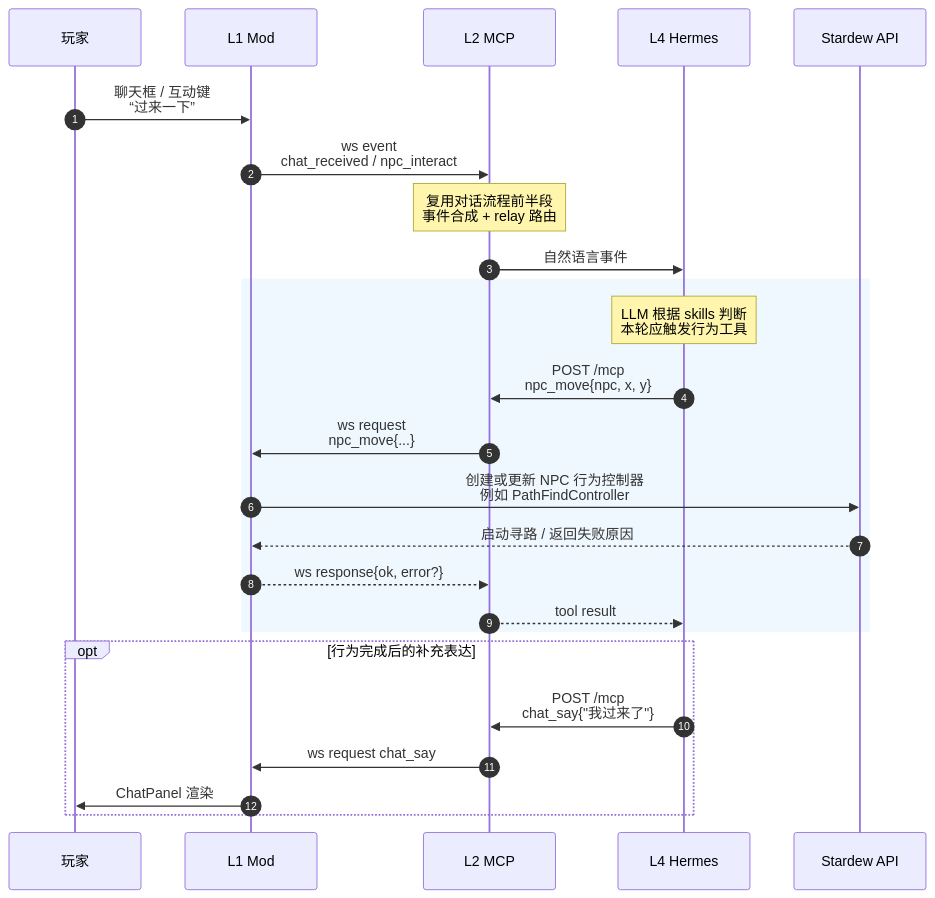
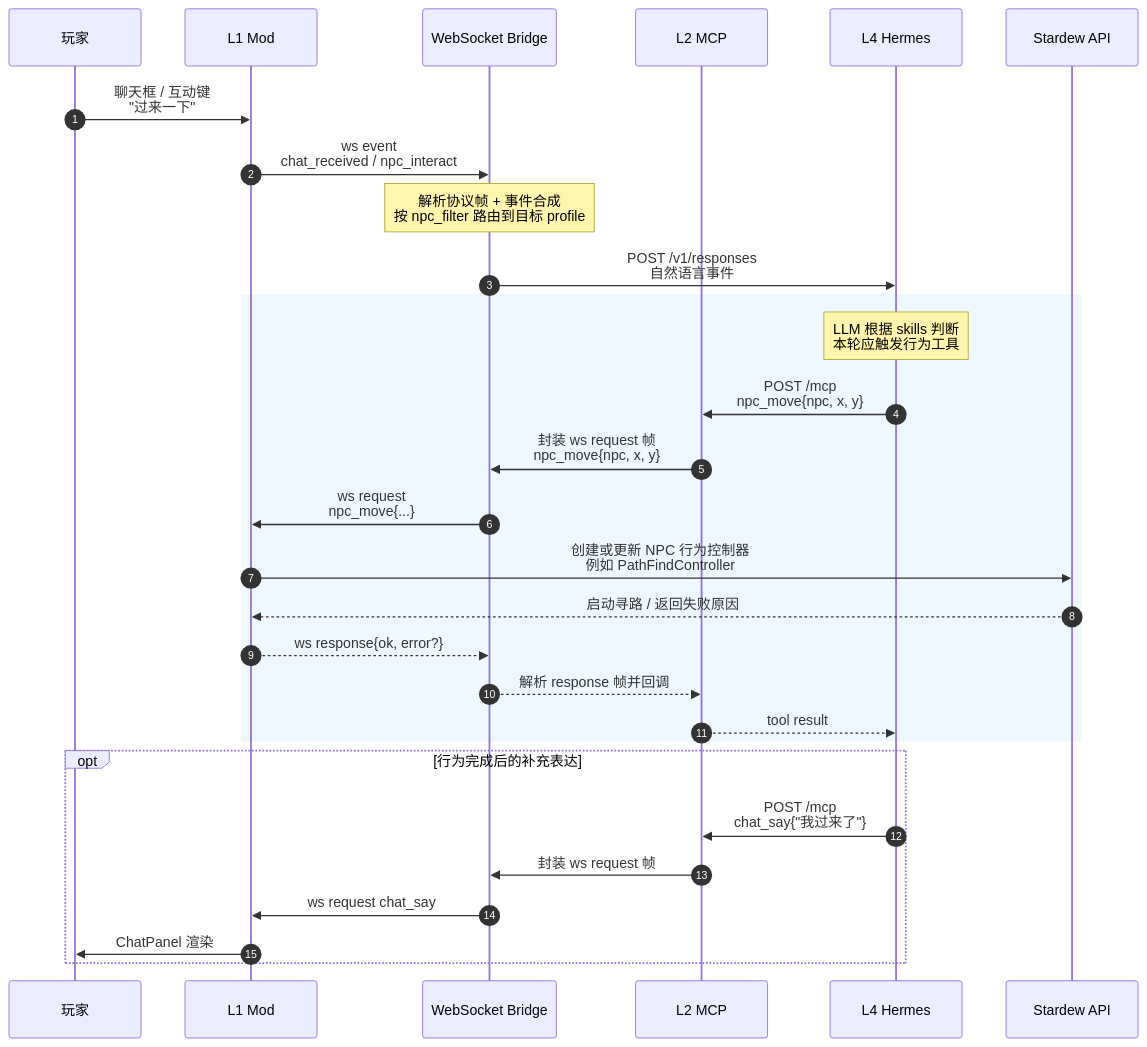
One commit to OmniStormX/SmartNPC changed the fifth of 7 diagrams in docs/report.md. Above: the diagram before and after it, drawn with Mermaid. The commit also changed other lines of this file and 15 other files, not shown here.

First line of the commit message:
docs(report): 补充功能截图与章节细化

````diff
--- a/docs/report.md
+++ b/docs/report.md
@@ -205,30 +287,34 @@
 ```mermaid
 sequenceDiagram
     autonumber
     participant P as 玩家
     participant Mod as L1 Mod
+    participant Bridge as WebSocket Bridge
     participant MCP as L2 MCP
     participant H as L4 Hermes
     participant SDV as Stardew API
 
-    P->>Mod: 聊天框 / 互动键<br/>“过来一下”
-    Mod->>MCP: ws event<br/>chat_received / npc_interact
-    Note over MCP: 复用对话流程前半段<br/>事件合成 + relay 路由
-    MCP->>H: 自然语言事件
+    P->>Mod: 聊天框 / 互动键<br/>"过来一下"
+    Mod->>Bridge: ws event<br/>chat_received / npc_interact
+    Note over Bridge: 解析协议帧 + 事件合成<br/>按 npc_filter 路由到目标 profile
+    Bridge->>H: POST /v1/responses<br/>自然语言事件
 
     rect rgb(240,248,255)
         Note over H: LLM 根据 skills 判断<br/>本轮应触发行为工具
         H->>MCP: POST /mcp<br/>npc_move{npc, x, y}
-        MCP->>Mod: ws request<br/>npc_move{...}
+        MCP->>Bridge: 封装 ws request 帧<br/>npc_move{npc, x, y}
+        Bridge->>Mod: ws request<br/>npc_move{...}
         Mod->>SDV: 创建或更新 NPC 行为控制器<br/>例如 PathFindController
         SDV-->>Mod: 启动寻路 / 返回失败原因
-        Mod-->>MCP: ws response{ok, error?}
+        Mod-->>Bridge: ws response{ok, error?}
+        Bridge-->>MCP: 解析 response 帧并回调
         MCP-->>H: tool result
     end
 
     opt 行为完成后的补充表达
         H->>MCP: POST /mcp<br/>chat_say{"我过来了"}
-        MCP->>Mod: ws request chat_say
+        MCP->>Bridge: 封装 ws request 帧
+        Bridge->>Mod: ws request chat_say
         Mod->>P: ChatPanel 渲染
     end
 ```
````
